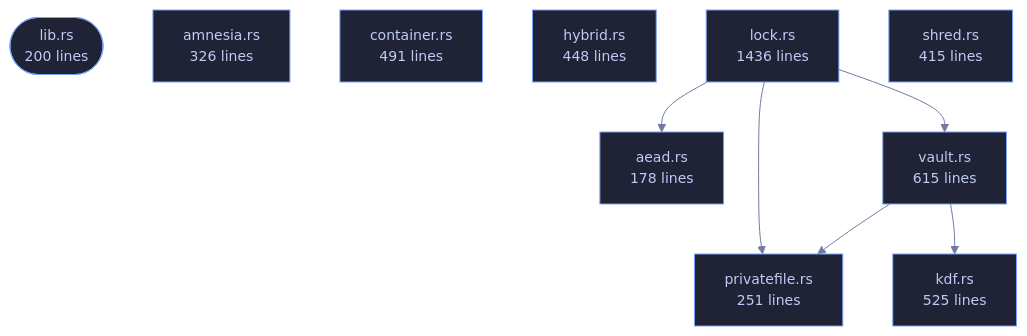
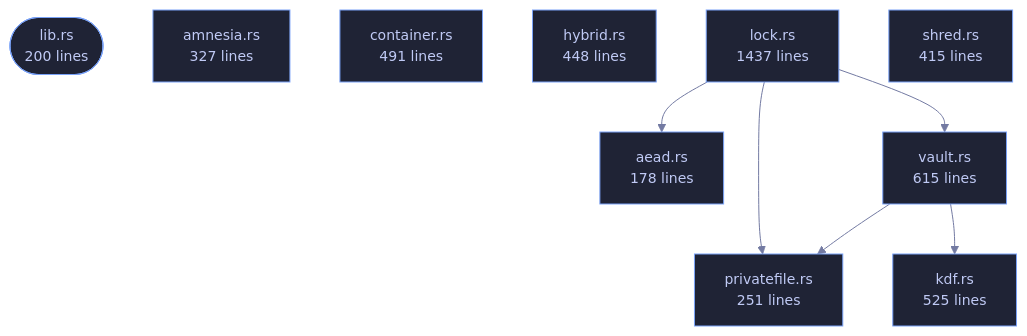
Before and after one commit to tilas01/veilvoice: the diagram in wiki/Crate-veilvoice-crypto.md, drawn with Mermaid. The commit also changed other lines of this file and 108 other files, not shown here.

````diff
--- a/wiki/Crate-veilvoice-crypto.md
+++ b/wiki/Crate-veilvoice-crypto.md
@@ -95,29 +95,29 @@
 ```mermaid
 %%{init: {"theme":"base","themeVariables":{"background":"#1a1b26","primaryColor":"#1f2335","primaryTextColor":"#c0caf5","primaryBorderColor":"#7aa2f7","secondaryColor":"#16161e","tertiaryColor":"#16161e","lineColor":"#737aa2","textColor":"#c0caf5","mainBkg":"#1f2335","nodeBorder":"#7aa2f7","clusterBkg":"#16161e","clusterBorder":"#2f3549","fontFamily":"ui-monospace, SFMono-Regular, Consolas, monospace","fontSize":"14px"}}}%%
 flowchart TD
     n_lib(["lib.rs<br/>200 lines"])
     n_aead["aead.rs<br/>178 lines"]
-    n_amnesia["amnesia.rs<br/>326 lines"]
+    n_amnesia["amnesia.rs<br/>327 lines"]
     n_container["container.rs<br/>491 lines"]
     n_hybrid["hybrid.rs<br/>448 lines"]
     n_kdf["kdf.rs<br/>525 lines"]
-    n_lock["lock.rs<br/>1436 lines"]
+    n_lock["lock.rs<br/>1437 lines"]
     n_privatefile["privatefile.rs<br/>251 lines"]
     n_shred["shred.rs<br/>415 lines"]
     n_vault["vault.rs<br/>615 lines"]
     n_lock --> n_aead
     n_lock --> n_privatefile
     n_lock --> n_vault
     n_vault --> n_kdf
     n_vault --> n_privatefile
     click n_lib href "https://github.com/tilas01/veilvoice/blob/main/crates/veilvoice-crypto/src/lib.rs" "open the source"
     click n_aead href "https://github.com/tilas01/veilvoice/blob/main/crates/veilvoice-crypto/src/aead.rs" "open the source"
     click n_amnesia href "https://github.com/tilas01/veilvoice/blob/main/crates/veilvoice-crypto/src/amnesia.rs" "open the source"
     click n_container href "https://github.com/tilas01/veilvoice/blob/main/crates/veilvoice-crypto/src/container.rs" "open the source"
     click n_hybrid href "https://github.com/tilas01/veilvoice/blob/main/crates/veilvoice-crypto/src/hybrid.rs" "open the source"
     click n_kdf href "https://github.com/tilas01/veilvoice/blob/main/crates/veilvoice-crypto/src/kdf.rs" "open the source"
     click n_lock href "https://github.com/tilas01/veilvoice/blob/main/crates/veilvoice-crypto/src/lock.rs" "open the source"
     click n_privatefile href "https://github.com/tilas01/veilvoice/blob/main/crates/veilvoice-crypto/src/privatefile.rs" "open the source"
     click n_shred href "https://github.com/tilas01/veilvoice/blob/main/crates/veilvoice-crypto/src/shred.rs" "open the source"
     click n_vault href "https://github.com/tilas01/veilvoice/blob/main/crates/veilvoice-crypto/src/vault.rs" "open the source"
 ```
````
